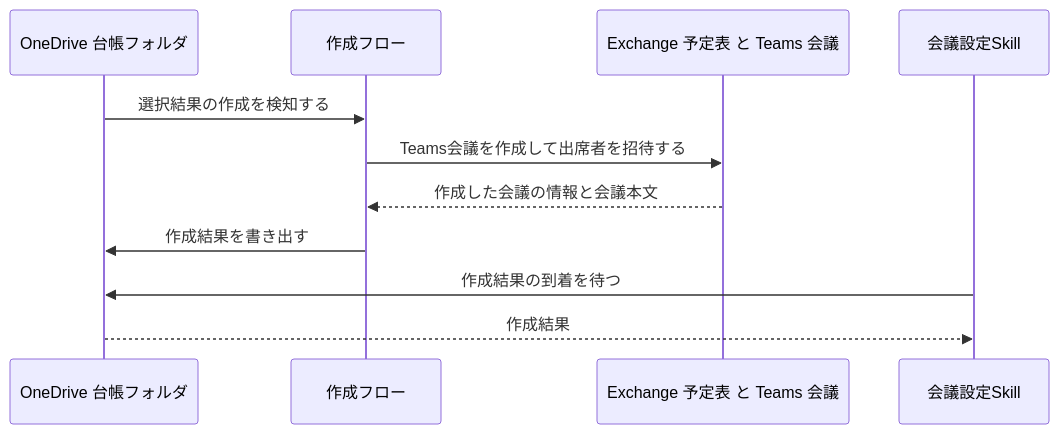
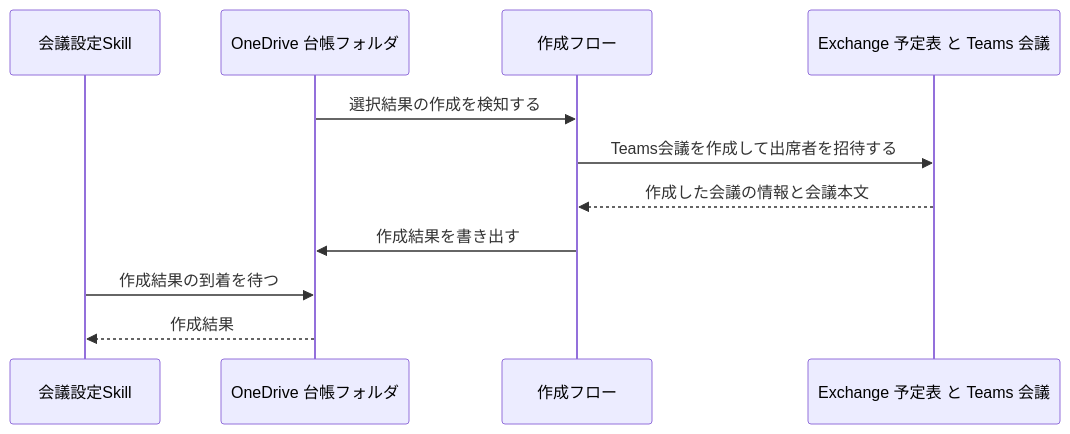
One commit to dnode-ryosuke-yamazaki/study changed the fourth of 7 diagrams in apps/meeting-setup-automation/specs/meeting-scheduling/design.md. Above: the diagram before and after it, drawn with Mermaid. The commit also changed other lines of this file and 3 other files, not shown here.

````diff
--- a/apps/meeting-setup-automation/specs/meeting-scheduling/design.md
+++ b/apps/meeting-setup-automation/specs/meeting-scheduling/design.md
@@ -136,14 +138,14 @@
 ```mermaid
 sequenceDiagram
+    participant S as 会議設定Skill
     participant D as OneDrive 台帳フォルダ
     participant F2 as 作成フロー
     participant C as Exchange 予定表 と Teams 会議
-    participant S as 会議設定Skill
 
     D->>F2: 選択結果の作成を検知する
     F2->>C: Teams会議を作成して出席者を招待する
     C-->>F2: 作成した会議の情報と会議本文
     F2->>D: 作成結果を書き出す
     S->>D: 作成結果の到着を待つ
     D-->>S: 作成結果
 ```
````
